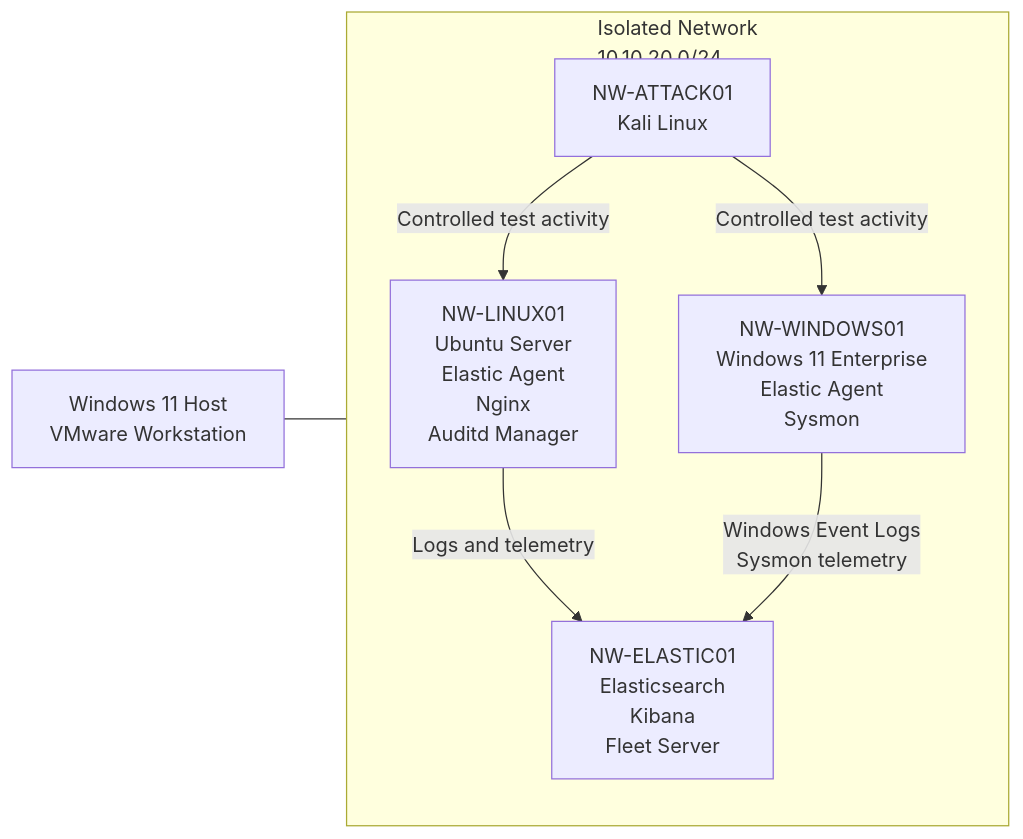
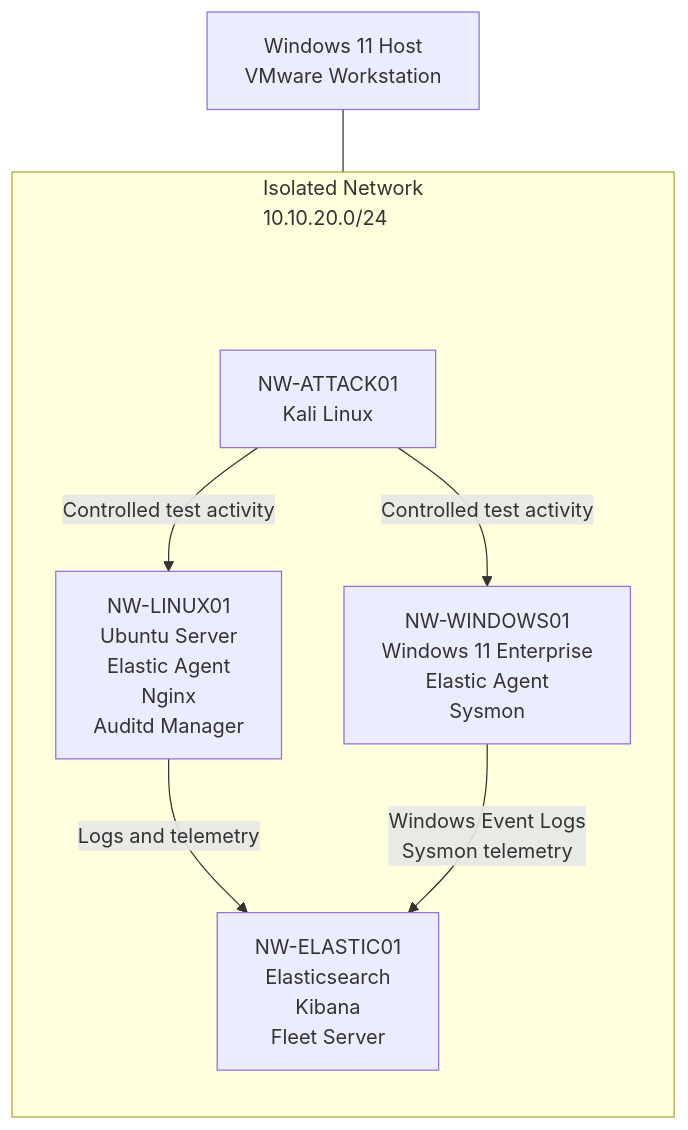
One commit to Hangarsj/SOC-Home-lab changed the diagram in README.md. Above: the diagram before and after it, drawn with Mermaid.

````diff
--- a/README.md
+++ b/README.md
@@ -21,19 +21,30 @@
 ```mermaid
-flowchart LR
+flowchart TB
     HOST["Windows 11 Host<br/>VMware Workstation"]
 
     subgraph LAB["Isolated Network<br/>10.10.20.0/24"]
+        direction TB
+
+        SPACE[" "]:::invisible
+
+        ATTACK["NW-ATTACK01<br/>Kali Linux"]
+
+        LINUX["NW-LINUX01<br/>Ubuntu Server<br/>Elastic Agent<br/>Nginx<br/>Auditd Manager"]
+
+        WINDOWS["NW-WINDOWS01<br/>Windows 11 Enterprise<br/>Elastic Agent<br/>Sysmon"]
+
         ELASTIC["NW-ELASTIC01<br/>Elasticsearch<br/>Kibana<br/>Fleet Server"]
-        LINUX["NW-LINUX01<br/>Ubuntu Server<br/>Elastic Agent<br/>Nginx<br/>Auditd Manager"]
-        WINDOWS["NW-WINDOWS01<br/>Windows 11 Enterprise<br/>Elastic Agent<br/>Sysmon"]
-        ATTACK["NW-ATTACK01<br/>Kali Linux"]
+
+        SPACE ~~~ ATTACK
+
+        ATTACK -->|Controlled test activity| LINUX
+        ATTACK -->|Controlled test activity| WINDOWS
+
+        LINUX -->|Logs and telemetry| ELASTIC
+        WINDOWS -->|Windows Event Logs<br/>Sysmon telemetry| ELASTIC
     end
 
     HOST --- LAB
 
-    ATTACK -->|Controlled test activity| LINUX
-    ATTACK -->|Controlled test activity| WINDOWS
-
-    LINUX -->|Logs and telemetry| ELASTIC
-    WINDOWS -->|Windows Event Logs<br/>Sysmon telemetry| ELASTIC
+    classDef invisible fill:transparent,stroke:transparent,color:transparent;
 ```
````
